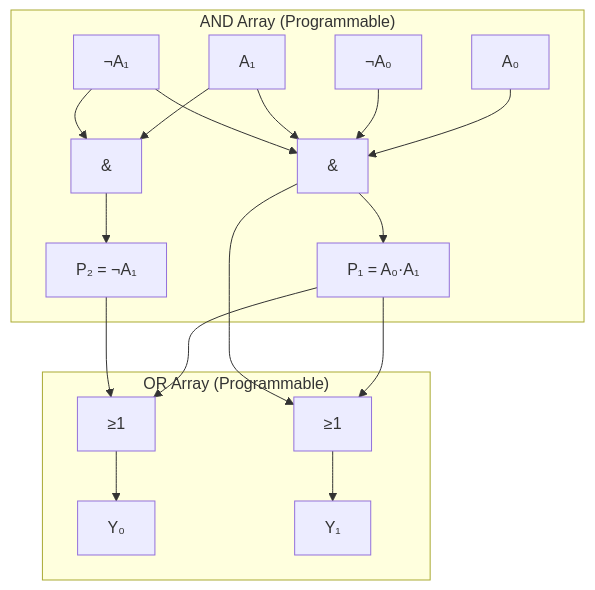
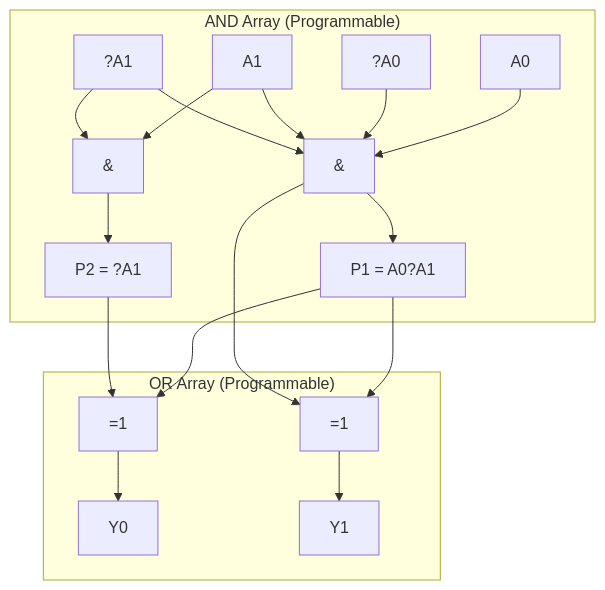
Before and after one commit to Raushan666java/ai-engineering-journey: the third of 6 diagrams in docs/courses/digital-logic/10-pla-pal.md, drawn with Mermaid. The commit also changed other lines of this file and 790 other files, not shown here.

Commit message:
Sync all course diagram renders and content updates

````diff
--- a/docs/courses/digital-logic/10-pla-pal.md
+++ b/docs/courses/digital-logic/10-pla-pal.md
@@ -112,21 +112,21 @@
 ```mermaid
 graph TD
     subgraph "AND Array (Programmable)"
-        A0[A₀] --> AND1[&]
-        A0N[¬A₀] --> AND1
-        A1[A₁] --> AND1
-        A1N[¬A₁] --> AND1
+        A0[A0] --> AND1[&]
+        A0N[?A0] --> AND1
+        A1[A1] --> AND1
+        A1N[?A1] --> AND1
         A1 --> AND2[&]
         A1N --> AND2
-        AND1 --> P1[P₁ = A₀·A₁]
-        AND2 --> P2[P₂ = ¬A₁]
+        AND1 --> P1[P1 = A0?A1]
+        AND2 --> P2[P2 = ?A1]
     end
     subgraph "OR Array (Programmable)"
-        P1 --> OR1[≥1]
+        P1 --> OR1[=1]
         P2 --> OR1
-        P1 --> OR2[≥1]
+        P1 --> OR2[=1]
         AND1 --> OR2
-        OR1 --> Y0[Y₀]
-        OR2 --> Y1[Y₁]
+        OR1 --> Y0[Y0]
+        OR2 --> Y1[Y1]
     end
 ```
````
